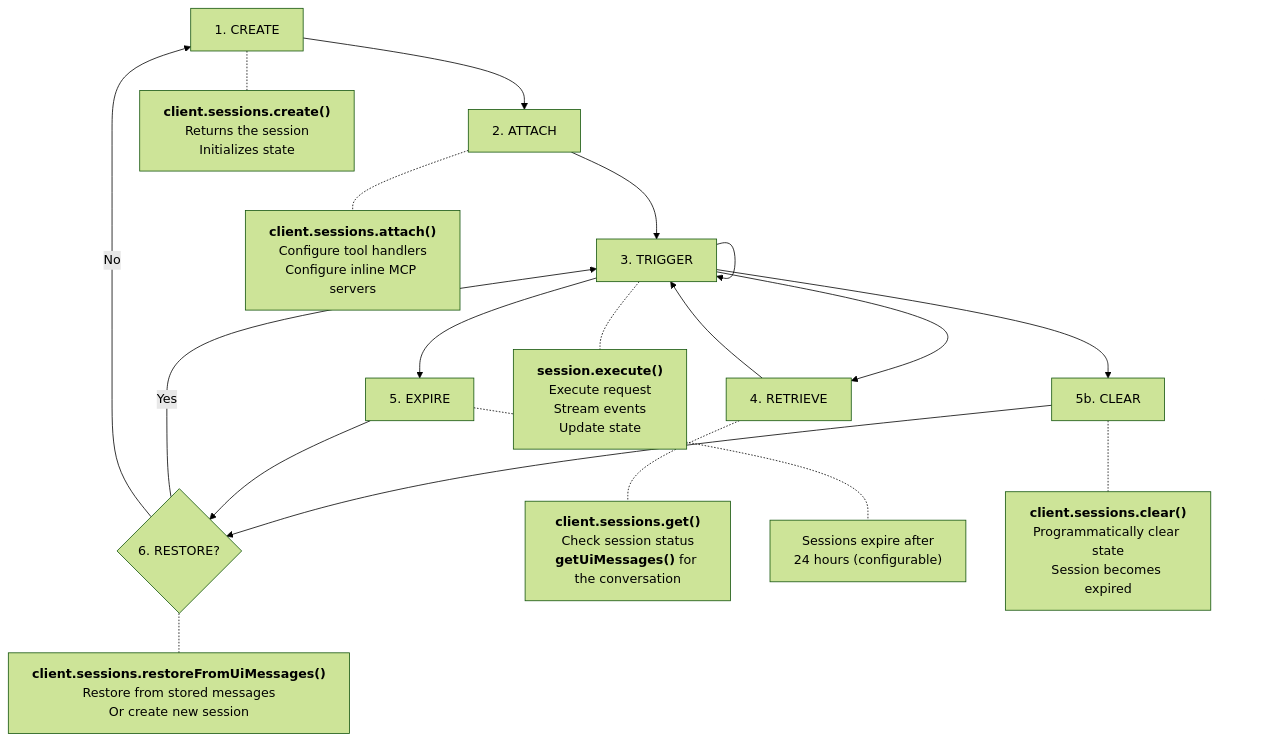
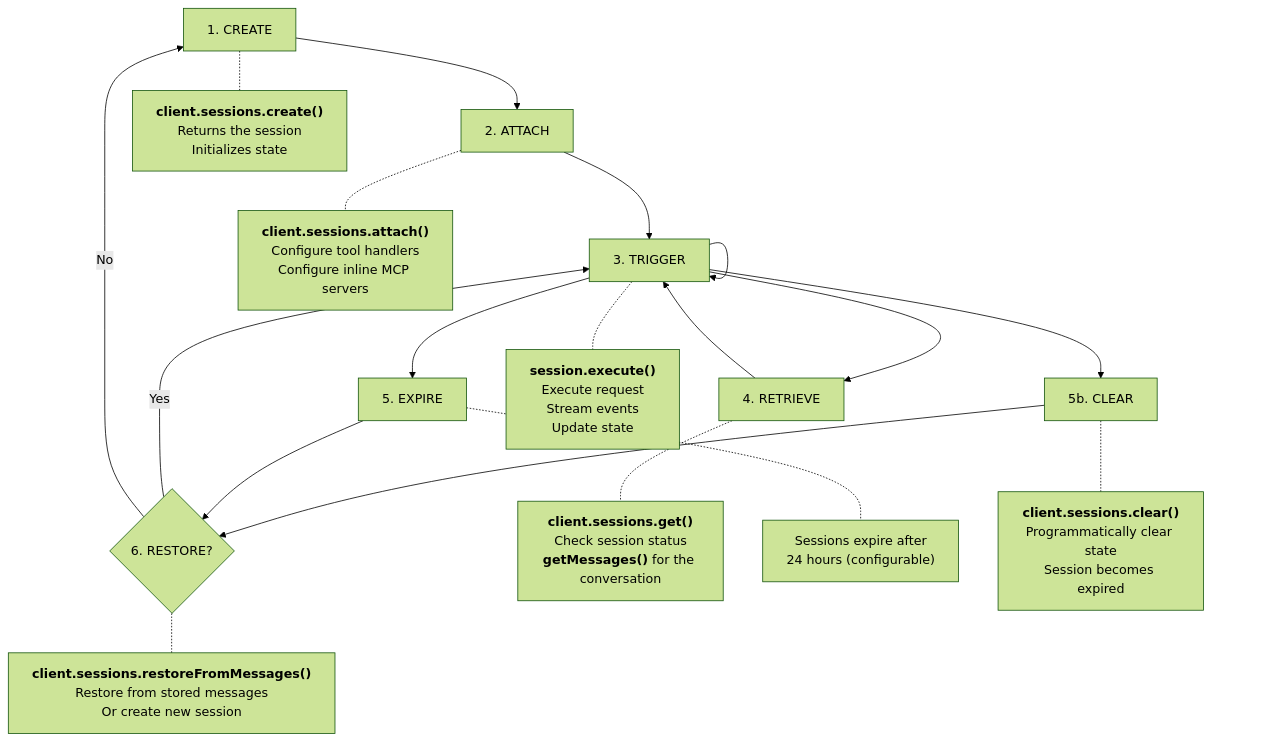
The diagram in packages/docs/content/02-server-sdk/02-sessions.md (octavus-ai/agent-sdk), drawn with Mermaid (forest theme) before and after one commit. The commit also changed other lines of this file and 12 other files, not shown here.

First line of the commit message:
V7: the conversation is messages, a response the SDK cannot read is an OctavusError, and Workforce reads keep new fields (#191)

````diff
--- a/packages/docs/content/02-server-sdk/02-sessions.md
+++ b/packages/docs/content/02-server-sdk/02-sessions.md
@@ -389,42 +389,42 @@
 ```mermaid
 flowchart TD
     A[1. CREATE] --> B[2. ATTACH]
     B --> C[3. TRIGGER]
     C --> C
     C --> D[4. RETRIEVE]
     D --> C
     C --> E[5. EXPIRE]
     C --> G[5b. CLEAR]
     G --> F
     E --> F{6. RESTORE?}
     F -->|Yes| C
     F -->|No| A
 
     A -.- A1["`**client.sessions.create()**
     Returns the session
     Initializes state`"]
 
     B -.- B1["`**client.sessions.attach()**
     Configure tool handlers
     Configure inline MCP servers`"]
 
     C -.- C1["`**session.execute()**
     Execute request
     Stream events
     Update state`"]
 
     D -.- D1["`**client.sessions.get()**
     Check session status
-    **getUiMessages()** for the conversation`"]
+    **getMessages()** for the conversation`"]
 
     E -.- E1["`Sessions expire after
     24 hours (configurable)`"]
 
     G -.- G1["`**client.sessions.clear()**
     Programmatically clear state
     Session becomes expired`"]
 
-    F -.- F1["`**client.sessions.restoreFromUiMessages()**
+    F -.- F1["`**client.sessions.restoreFromMessages()**
     Restore from stored messages
     Or create new session`"]
 ```
````
